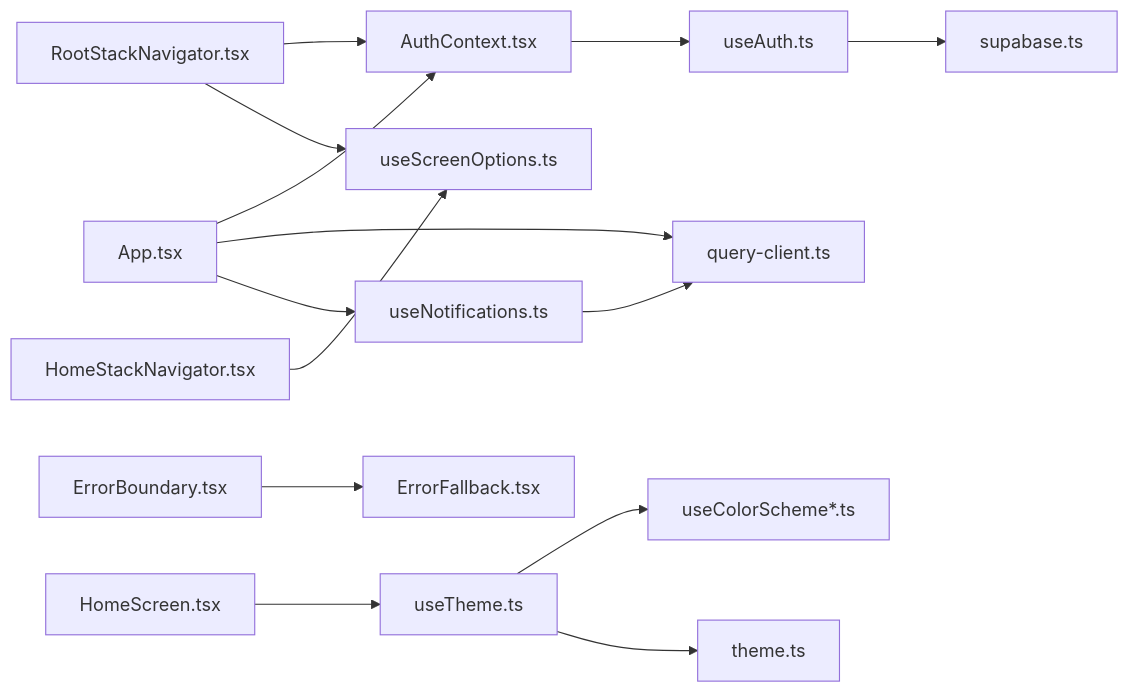
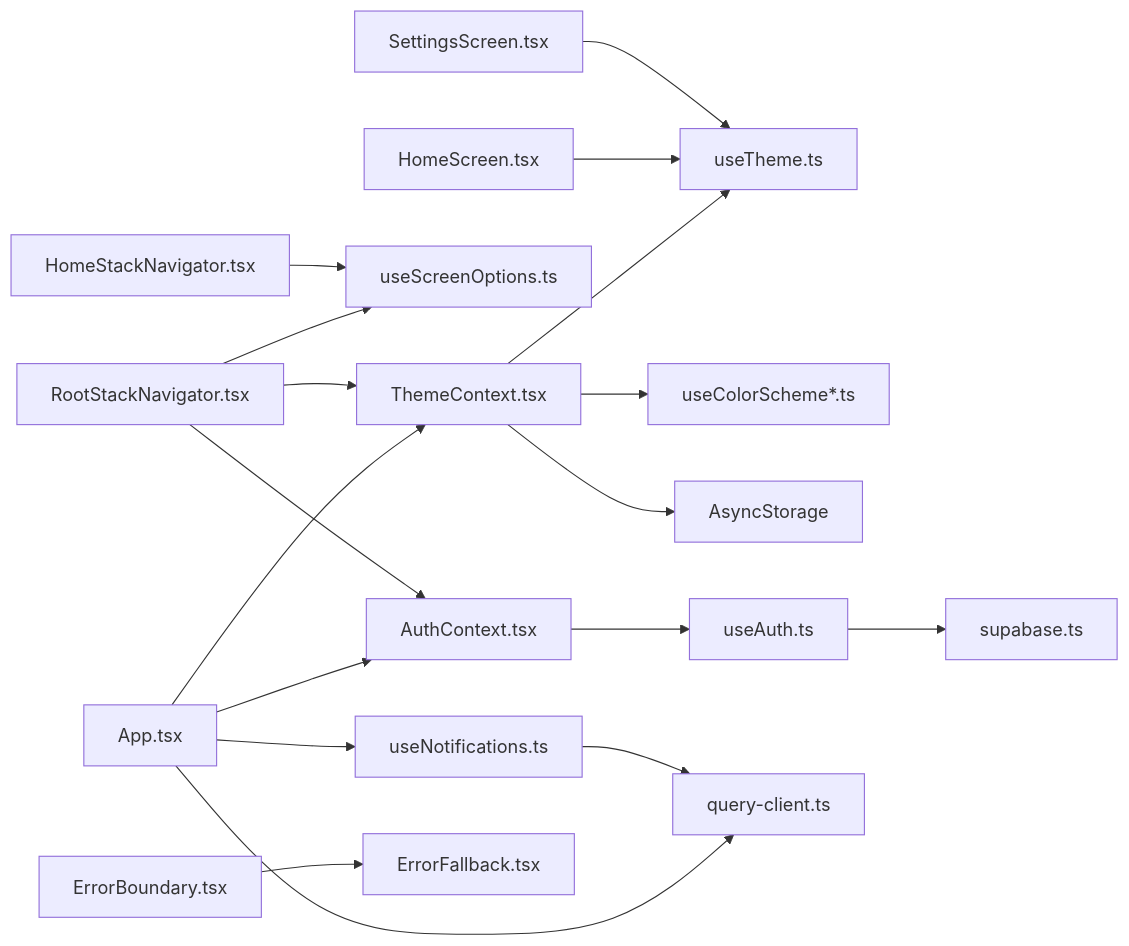
One commit to hunglevi87/Hidden-Gem changed diagram 11 of 11 in .qoder/repowiki/en/content/Frontend Application/State Management.md. Above: the diagram before and after it, drawn with Mermaid. The commit also changed other lines of this file and 14 other files, not shown here.

````diff
--- a/.qoder/repowiki/en/content/Frontend Application/State Management.md
+++ b/.qoder/repowiki/en/content/Frontend Application/State Management.md
@@ -392,16 +470,20 @@
 ```mermaid
 graph LR
+ThemeCtx["ThemeContext.tsx"] --> UseTheme["useTheme.ts"]
+ThemeCtx --> UseColorScheme["useColorScheme*.ts"]
+ThemeCtx --> AsyncStorage["AsyncStorage"]
 AuthCtx["AuthContext.tsx"] --> UseAuth["useAuth.ts"]
 UseAuth --> Supabase["supabase.ts"]
-App["App.tsx"] --> AuthCtx
+App["App.tsx"] --> ThemeCtx
+App --> AuthCtx
 App --> QueryClient["query-client.ts"]
 RootNav["RootStackNavigator.tsx"] --> AuthCtx
+RootNav --> ThemeCtx
 RootNav --> ScreenOpts["useScreenOptions.ts"]
 HomeNav["HomeStackNavigator.tsx"] --> ScreenOpts
-HomeScreen["HomeScreen.tsx"] --> ThemeHook["useTheme.ts"]
-ThemeHook --> ColorScheme["useColorScheme*.ts"]
-ThemeHook --> ThemeConst["theme.ts"]
+HomeScreen["HomeScreen.tsx"] --> UseTheme
+SettingsScreen["SettingsScreen.tsx"] --> UseTheme
 App --> Notif["useNotifications.ts"]
 Notif --> QueryClient
 ErrorBoundary["ErrorBoundary.tsx"] --> ErrorFallback["ErrorFallback.tsx"]
 ```
````
